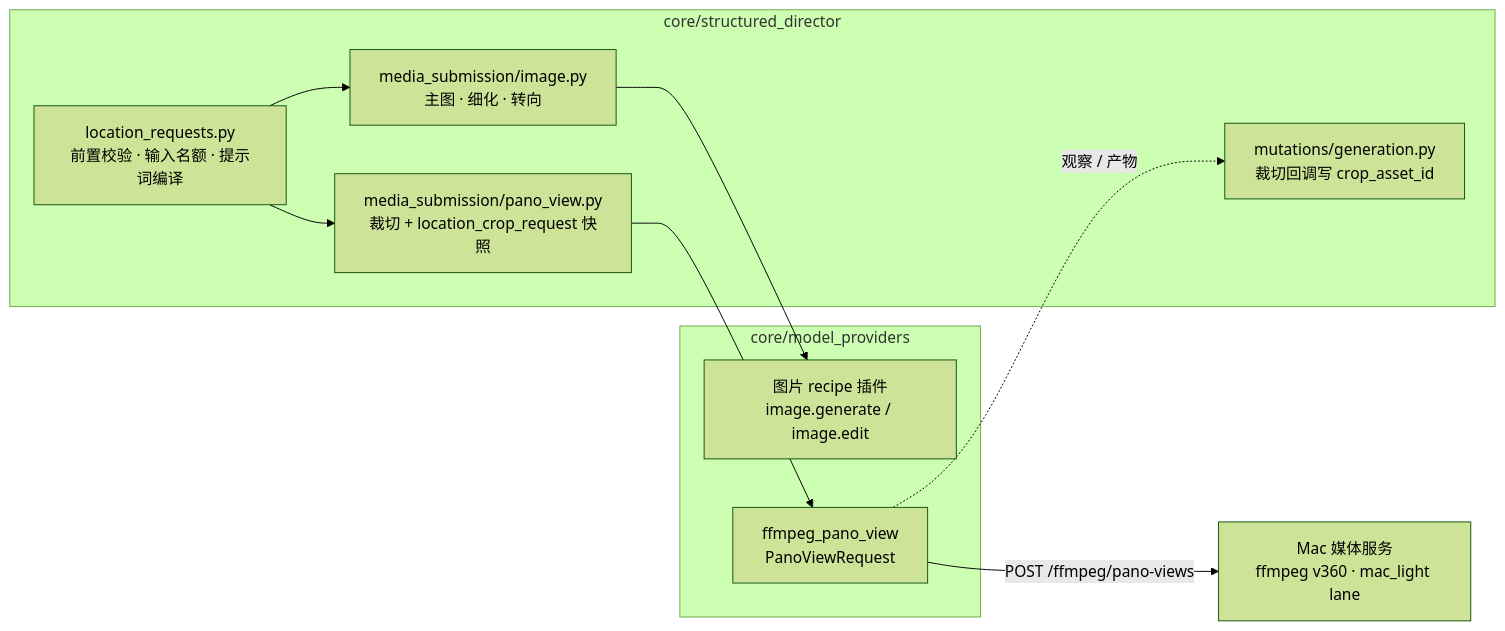
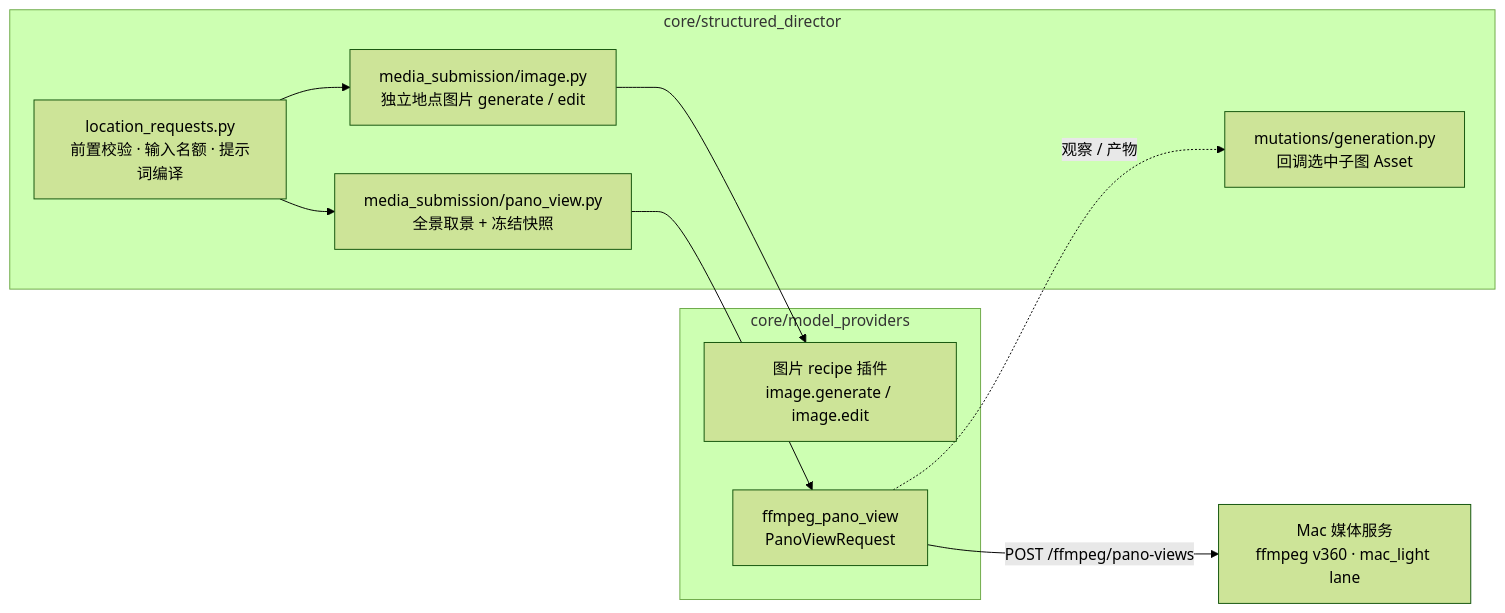
Before and after one commit to LJXLJXLJX/StoryRail: the fourth of 5 diagrams in docs/architecture.md, drawn with Mermaid (forest theme). The commit also changed other lines of this file and 173 other files, not shown here.

Commit message:
refactor: decouple location image library

````diff
--- a/docs/architecture.md
+++ b/docs/architecture.md
@@ -146,16 +146,16 @@
 ```mermaid
 flowchart LR
     subgraph sd[core/structured_director]
         lr[location_requests.py<br/>前置校验 · 输入名额 · 提示词编译]
-        img[media_submission/image.py<br/>主图 · 细化 · 转向]
-        pv[media_submission/pano_view.py<br/>裁切 + location_crop_request 快照]
-        cb[mutations/generation.py<br/>裁切回调写 crop_asset_id]
+        img[media_submission/image.py<br/>独立地点图片 generate / edit]
+        pv[media_submission/pano_view.py<br/>全景取景 + 冻结快照]
+        cb[mutations/generation.py<br/>回调选中子图 Asset]
     end
     subgraph mp[core/model_providers]
         rec[图片 recipe 插件<br/>image.generate / image.edit]
         fpv[ffmpeg_pano_view<br/>PanoViewRequest]
     end
     lr --> img --> rec
     lr --> pv --> fpv -->|POST /ffmpeg/pano-views| mac[Mac 媒体服务<br/>ffmpeg v360 · mac_light lane]
     fpv -. 观察 / 产物 .-> cb
 ```
````
